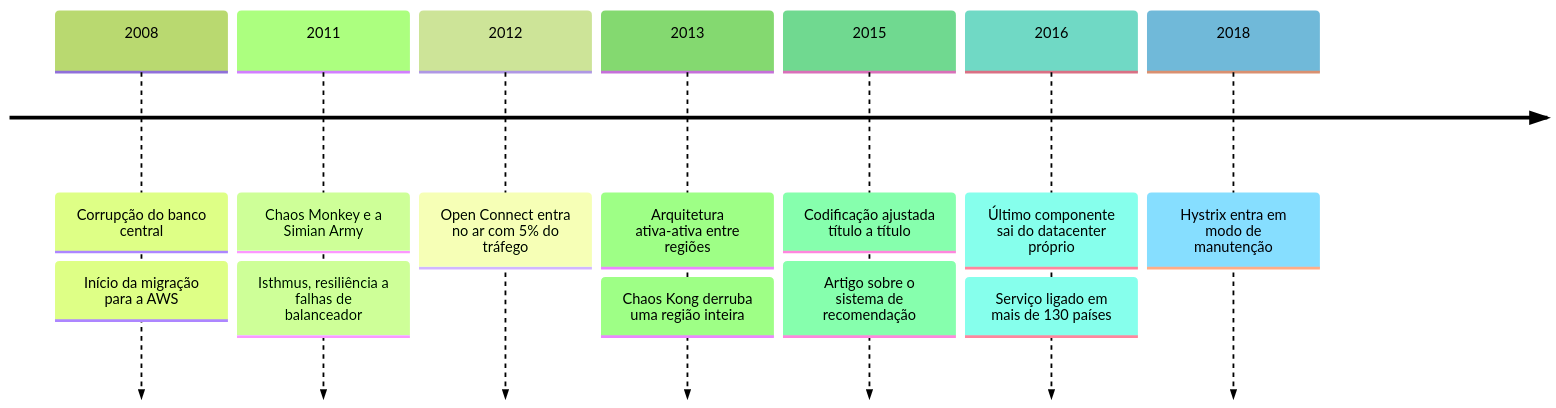
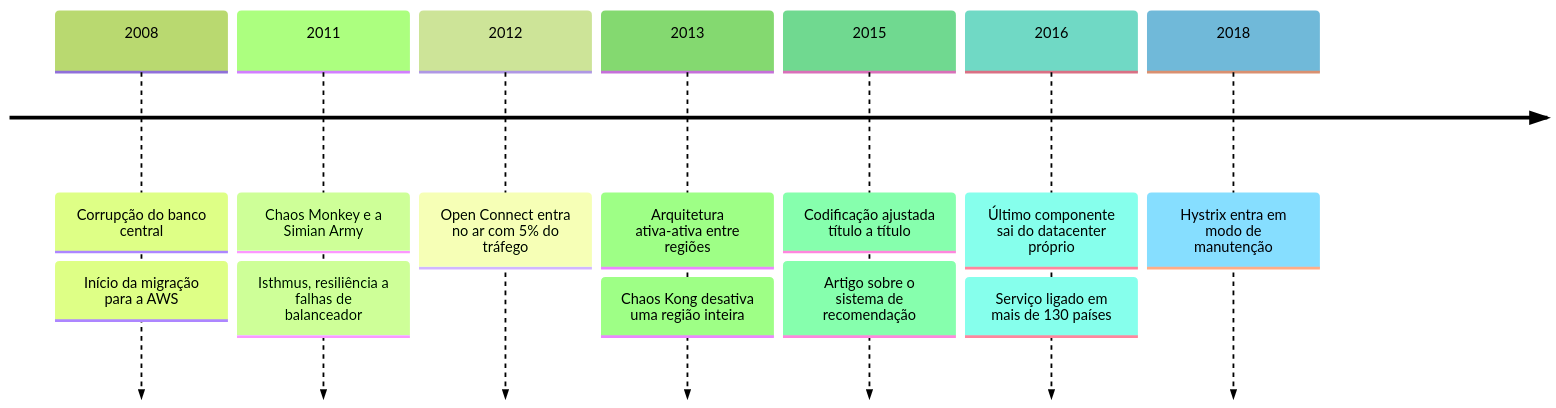
The first of 2 diagrams in docs/modulo-3-servicos/casos-reais.md (marco-mendes/arquitetura-software), drawn with Mermaid (forest theme) before and after one commit. The commit also changed other lines of this file and 8 other files, not shown here.

````diff
--- a/docs/modulo-3-servicos/casos-reais.md
+++ b/docs/modulo-3-servicos/casos-reais.md
@@ -25,15 +25,15 @@
 ```mermaid
 timeline
     2008 : Corrupção do banco central
          : Início da migração para a AWS
     2011 : Chaos Monkey e a Simian Army
          : Isthmus, resiliência a falhas de balanceador
     2012 : Open Connect entra no ar com 5% do tráfego
     2013 : Arquitetura ativa-ativa entre regiões
-         : Chaos Kong derruba uma região inteira
+         : Chaos Kong desativa uma região inteira
     2015 : Codificação ajustada título a título
          : Artigo sobre o sistema de recomendação
     2016 : Último componente sai do datacenter próprio
          : Serviço ligado em mais de 130 países
     2018 : Hystrix entra em modo de manutenção
 ```
````
